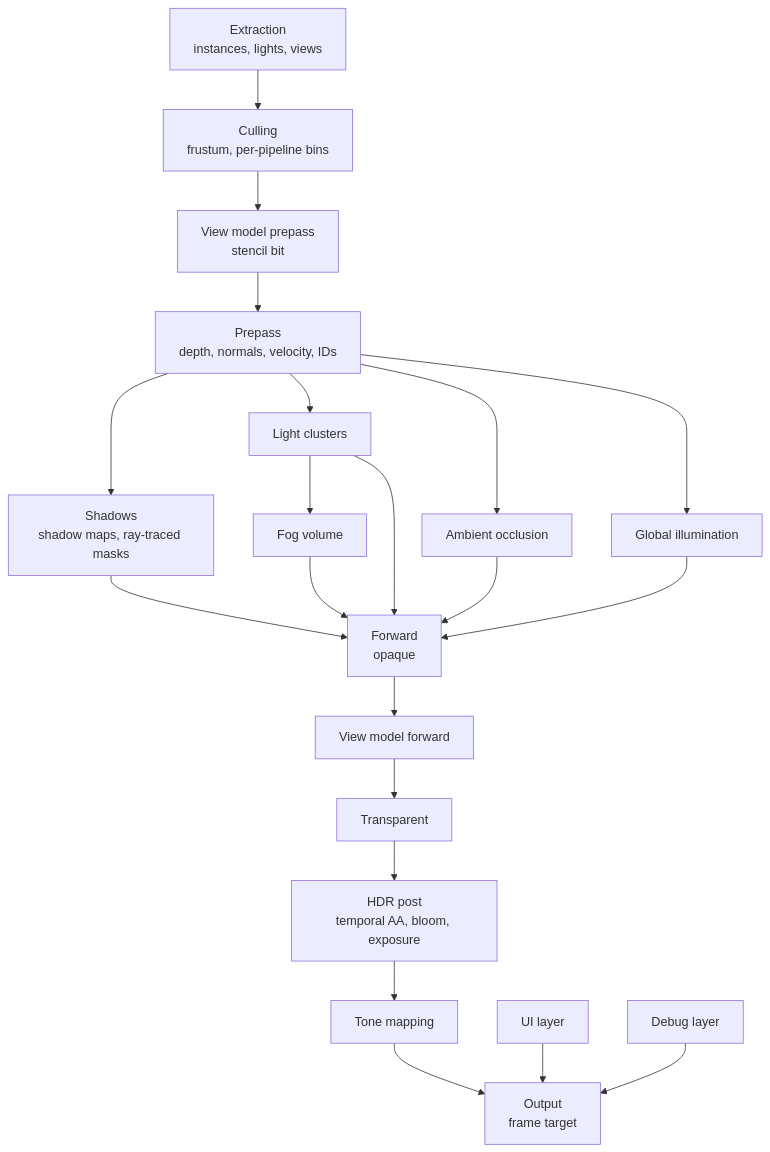
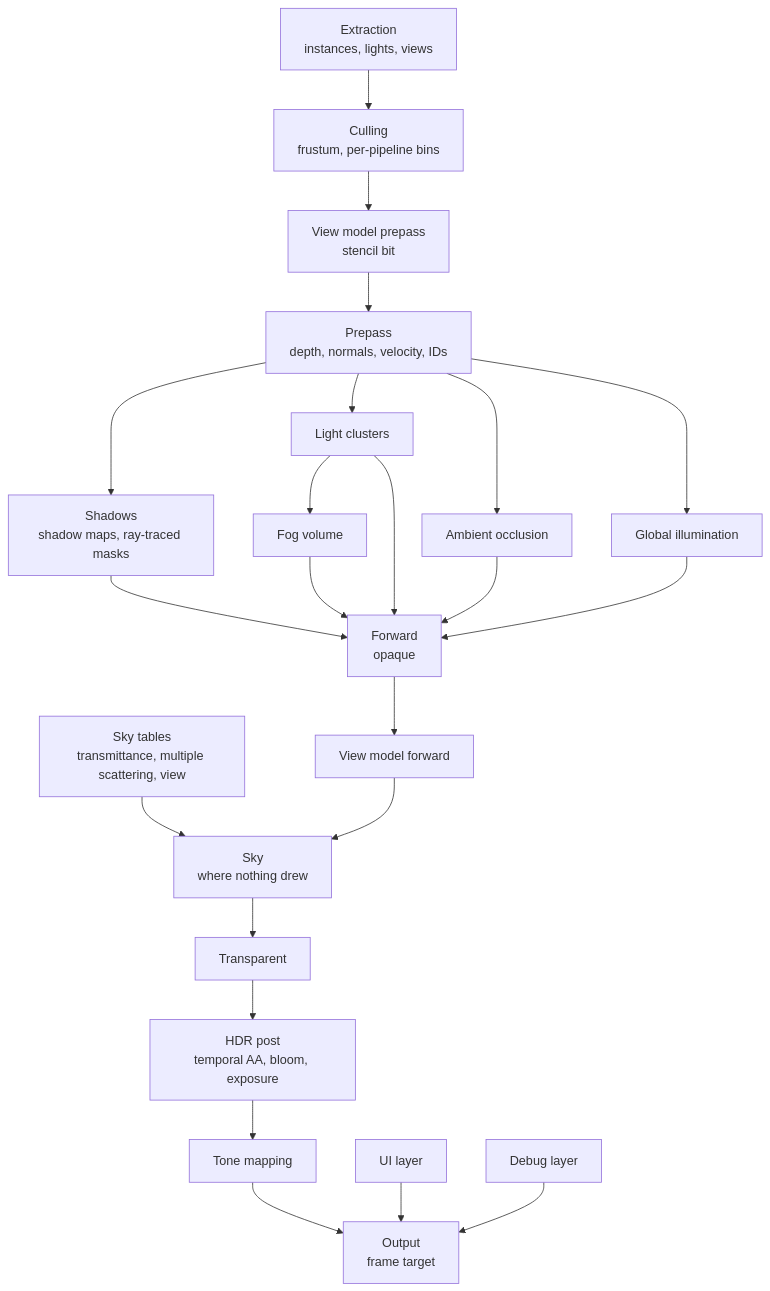
Before and after one commit to aszecsei/cinnabar: the diagram in docs/rendering/frame.md, drawn with Mermaid. The commit also changed other lines of this file and 48 other files, not shown here.

````diff
--- a/docs/rendering/frame.md
+++ b/docs/rendering/frame.md
@@ -5,28 +5,31 @@
 ```mermaid
 flowchart TB
     EXTRACT["Extraction<br/>instances, lights, views"]
     CULL["Culling<br/>frustum, per-pipeline bins"]
     PRE["Prepass<br/>depth, normals, velocity, IDs"]
     VMPRE["View model prepass<br/>stencil bit"]
     SHADOW["Shadows<br/>shadow maps, ray-traced masks"]
     CLUSTER["Light clusters"]
     AO["Ambient occlusion"]
     GI["Global illumination"]
     FOG["Fog volume"]
+    SKYLUT["Sky tables<br/>transmittance, multiple scattering, view"]
+    SKY["Sky<br/>where nothing drew"]
     FWD["Forward<br/>opaque"]
     VMFWD["View model forward"]
     TRANS["Transparent"]
     POST["HDR post<br/>temporal AA, bloom, exposure"]
     TONE["Tone mapping"]
     UI["UI layer"]
     DEBUG["Debug layer"]
     OUT["Output<br/>frame target"]
 
     EXTRACT --> CULL --> VMPRE --> PRE
     PRE --> SHADOW & CLUSTER & AO & GI
     CLUSTER --> FOG
     SHADOW & CLUSTER & AO & GI & FOG --> FWD
-    FWD --> VMFWD --> TRANS --> POST --> TONE --> OUT
+    SKYLUT --> SKY
+    FWD --> VMFWD --> SKY --> TRANS --> POST --> TONE --> OUT
     UI --> OUT
     DEBUG --> OUT
 ```
````
